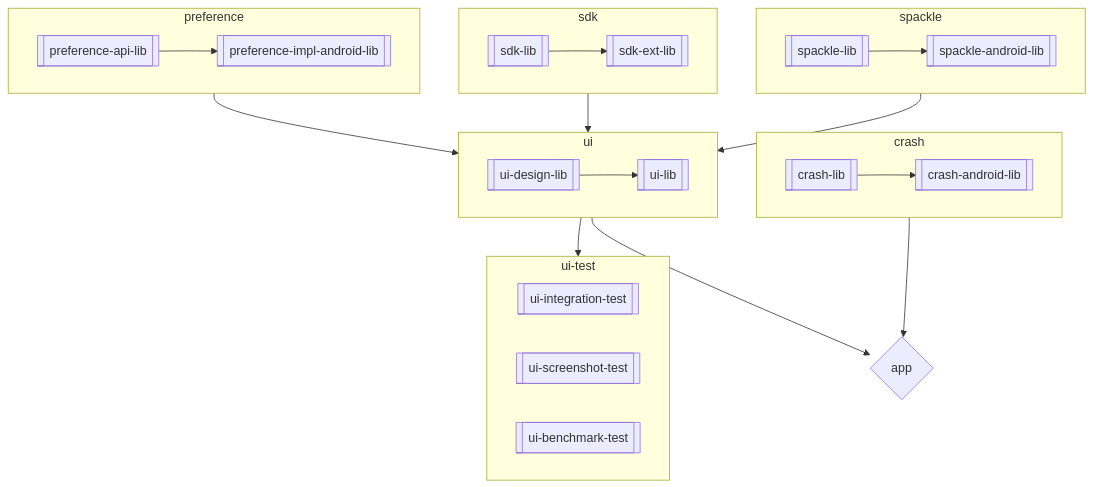
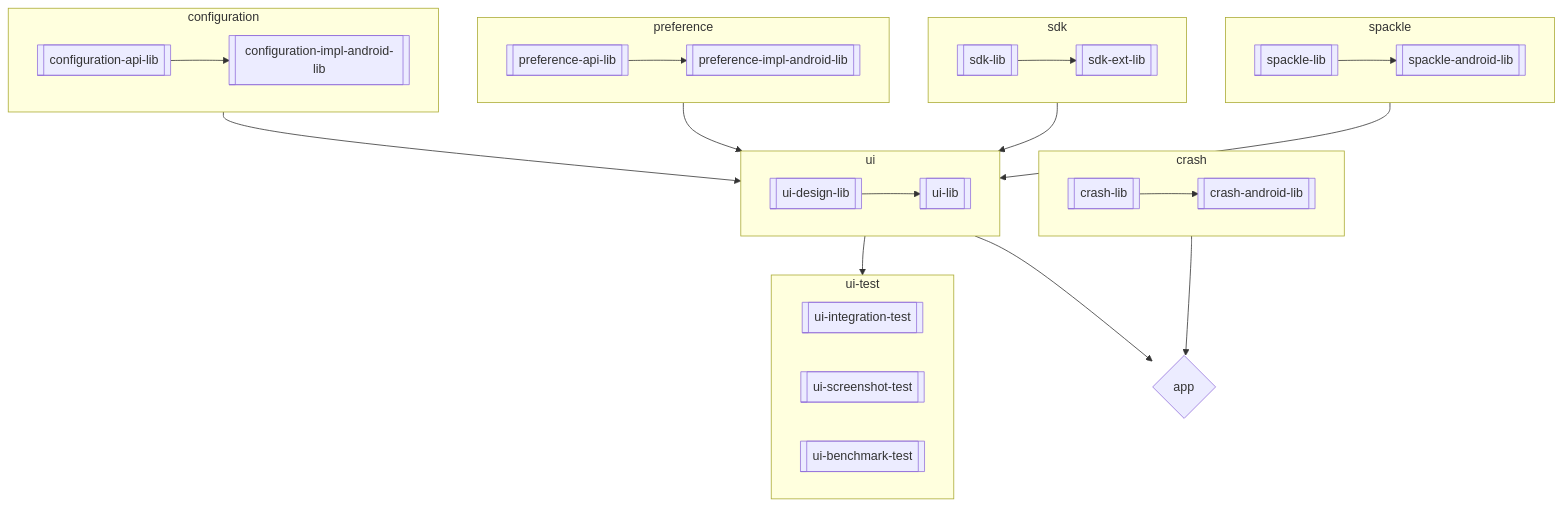
Before and after one commit to Electric-Coin-Company/zashi-android: the diagram in docs/Architecture.md, drawn with Mermaid. The commit also changed other lines of this file and 36 other files, not shown here.

````diff
--- a/docs/Architecture.md
+++ b/docs/Architecture.md
@@ -53,39 +55,45 @@
 ```mermaid
   flowchart TB;
       subgraph sdk
           sdkLib[[sdk-lib]];
           sdkExtLib[[sdk-ext-lib]];
       end
       sdkLib[[sdk-lib]] --> sdkExtLib[[sdk-ext-lib]];
+      subgraph configuration
+          configurationApiLib[[configuration-api-lib]];
+          configurationImplAndroidLib[[configuration-impl-android-lib]];
+      end
+      configurationApiLib[[configuration-api-lib]] --> configurationImplAndroidLib[[configuration-impl-android-lib]];
       subgraph preference
           preferenceApiLib[[preference-api-lib]];
           preferenceImplAndroidLib[[preference-impl-android-lib]];
       end
       preferenceApiLib[[preference-api-lib]] --> preferenceImplAndroidLib[[preference-impl-android-lib]];
       subgraph crash
           crashLib[[crash-lib]];
           crashAndroidLib[[crash-android-lib]];
       end
       crashLib[[crash-lib]] --> crashAndroidLib[[crash-android-lib]];
       subgraph ui
           uiDesignLib[[ui-design-lib]];
           uiLib[[ui-lib]];
       end
       uiDesignLib[[ui-design-lib]] --> uiLib[[ui-lib]];
       subgraph ui-test
           uiIntegrationTest[[ui-integration-test]];
           uiScreenshotTest[[ui-screenshot-test]];
           uiBenchmarkTest[[ui-benchmark-test]];
       end
       subgraph spackle
           spackleLib[[spackle-lib]];
           spackleAndroidLib[[spackle-android-lib]];
       end
       spackleLib[[spackle-lib]] --> spackleAndroidLib[[spackle-android-lib]];
+      configuration --> ui[[ui]];
       preference --> ui[[ui]];
       sdk --> ui[[ui]];
       spackle[[spackle]] --> ui[[ui]];
       ui[[ui]] --> ui-test[[ui-test]]; 
       ui[[ui]] --> app{app};
       crash[[crash]] --> app{app};
 ```
````
